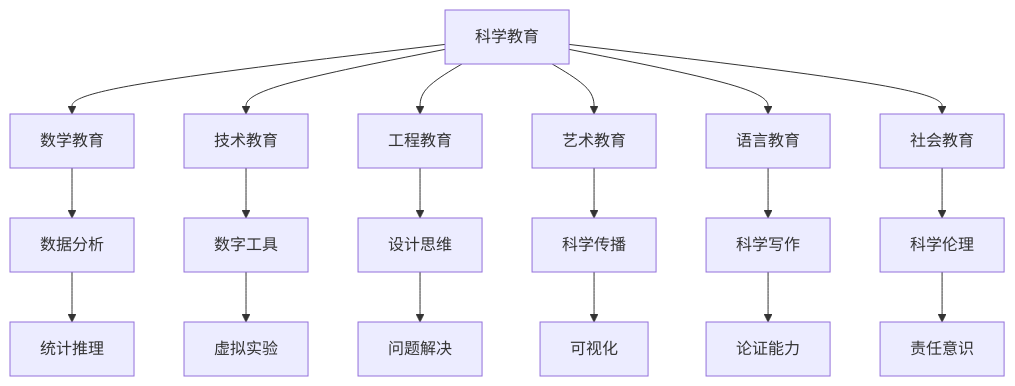
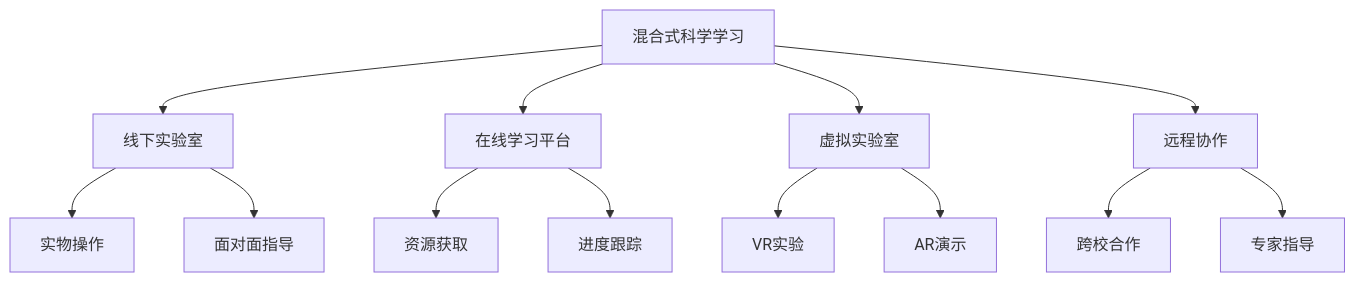
The fourth of 6 diagrams in 02-核心学科理论/02-科学教育方法论.md (AdaMartin18010/SeniorEnducation), drawn with Mermaid before and after one commit. The commit also changed other lines of this file and 23 other files, not shown here.

````diff
--- a/02-核心学科理论/02-科学教育方法论.md
+++ b/02-核心学科理论/02-科学教育方法论.md
@@ -215,23 +234,19 @@
 ```mermaid
 graph TD
-    A[科学教育] --> B[数学教育]
-    A --> C[技术教育]
-    A --> D[工程教育]
-    A --> E[艺术教育]
-    A --> F[语言教育]
-    A --> G[社会教育]
+    A[混合式科学学习] --> B[线下实验室]
+    A --> C[在线学习平台]
+    A --> D[虚拟实验室]
+    A --> E[远程协作]
     
-    B --> H[数据分析]
-    C --> I[数字工具]
-    D --> J[设计思维]
-    E --> K[科学传播]
-    F --> L[科学写作]
-    G --> M[科学伦理]
+    B --> F[实物操作]
+    B --> G[面对面指导]
     
-    H --> N[统计推理]
-    I --> O[虚拟实验]
-    J --> P[问题解决]
-    K --> Q[可视化]
-    L --> R[论证能力]
-    M --> S[责任意识]
+    C --> H[资源获取]
+    C --> I[进度跟踪]
+    
+    D --> J[VR实验]
+    D --> K[AR演示]
+    
+    E --> L[跨校合作]
+    E --> M[专家指导]
 ```
````
